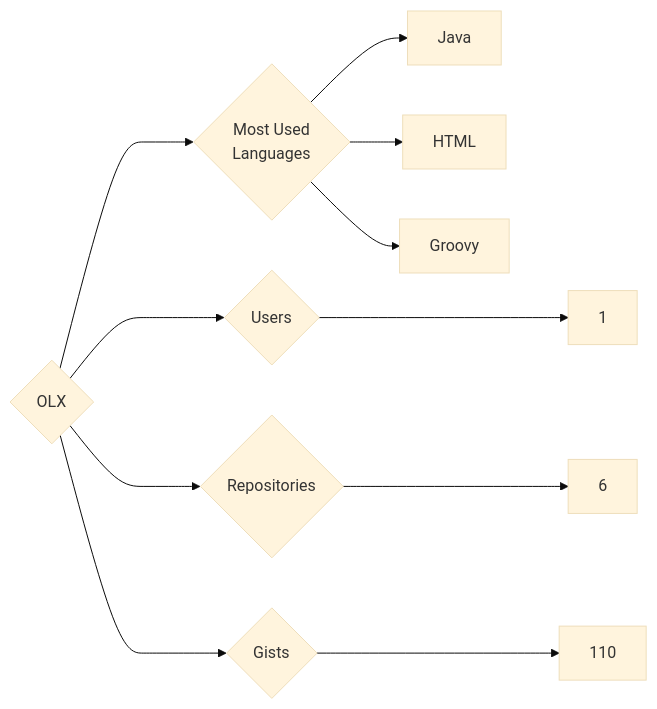
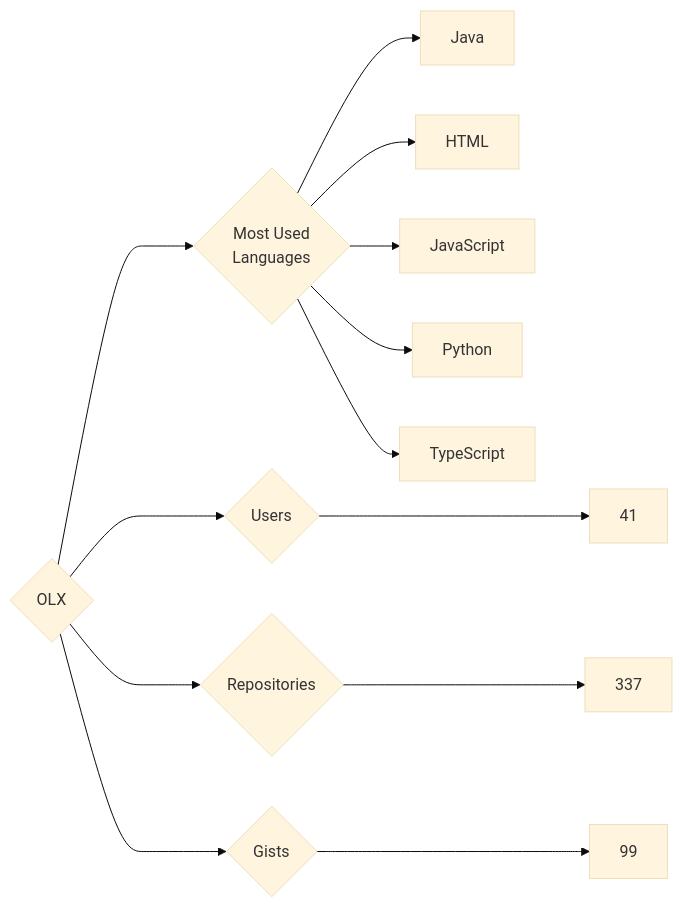
Before and after one commit to trickest/insiders: the diagram in targets/OLX/README.md, drawn with Mermaid (base theme). The commit also changed 728 other files, not shown here.

````diff
--- a/targets/OLX/README.md
+++ b/targets/OLX/README.md
@@ -3,11 +3,13 @@
 ```mermaid
 graph LR
 COMPANY_NAME{OLX}
-COMPANY_NAME ---> U{Users} ---> UN[1]
-COMPANY_NAME ---> R{Repositories} ---> RN[6]
-COMPANY_NAME ---> G{Gists} ---> GN[110]
+COMPANY_NAME ---> U{Users} ---> UN[41]
+COMPANY_NAME ---> R{Repositories} ---> RN[337]
+COMPANY_NAME ---> G{Gists} ---> GN[99]
 COMPANY_NAME ---> ML{Most Used<br>Languages}
 ML --> Java[Java]
 ML --> HTML[HTML]
-ML --> Groovy[Groovy]
+ML --> JavaScript[JavaScript]
+ML --> Python[Python]
+ML --> TypeScript[TypeScript]
 ```
````
